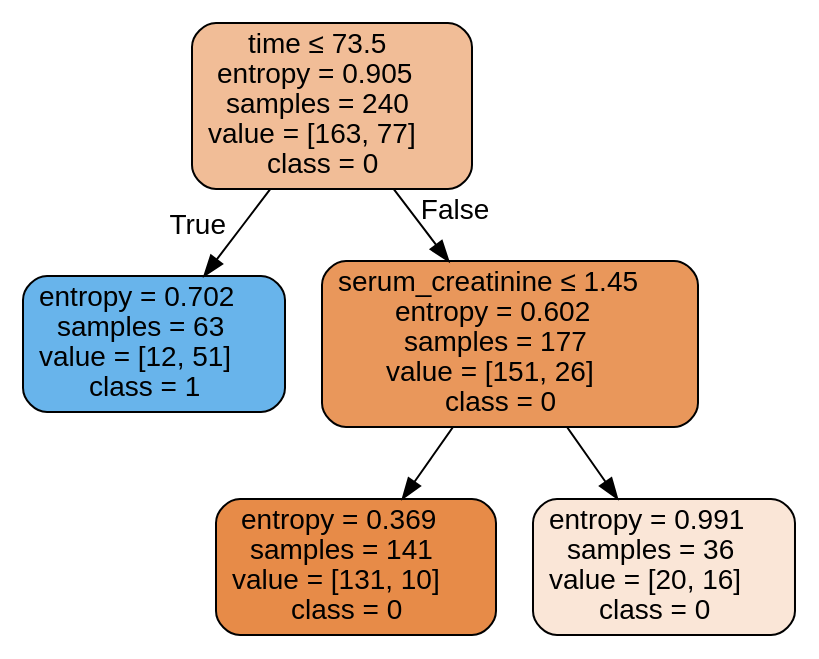
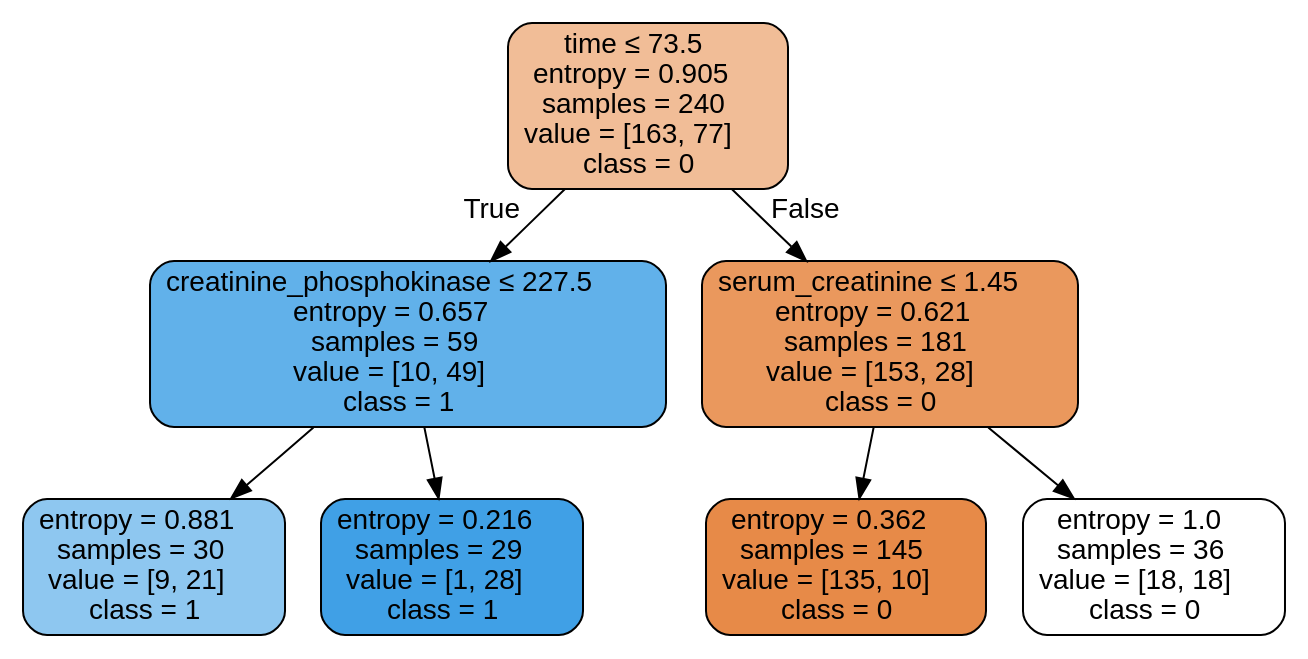
The diagram in Labs/NewClassifiers/Results/DecisionTrees/Original/ - No Outliers & Feature Selection/HFCR - Original - dtree.dot (isabelSoares/CD-2021), drawn with Graphviz before and after one commit. The commit also changed 261 other files, not shown here.

```diff
--- a/Labs/NewClassifiers/Results/DecisionTrees/Original/ - No Outliers & Feature Selection/HFCR - Original - dtree.dot
+++ b/Labs/NewClassifiers/Results/DecisionTrees/Original/ - No Outliers & Feature Selection/HFCR - Original - dtree.dot
@@ -1,13 +1,17 @@
 digraph Tree {
 node [shape=box, style="filled, rounded", color="black", fontname=helvetica] ;
 edge [fontname=helvetica] ;
 0 [label=<time &le; 73.5<br/>entropy = 0.905<br/>samples = 240<br/>value = [163, 77]<br/>class = 0>, fillcolor="#f1bd97"] ;
-1 [label=<entropy = 0.702<br/>samples = 63<br/>value = [12, 51]<br/>class = 1>, fillcolor="#68b4eb"] ;
+1 [label=<creatinine_phosphokinase &le; 227.5<br/>entropy = 0.657<br/>samples = 59<br/>value = [10, 49]<br/>class = 1>, fillcolor="#61b1ea"] ;
 0 -> 1 [labeldistance=2.5, labelangle=45, headlabel="True"] ;
-2 [label=<serum_creatinine &le; 1.45<br/>entropy = 0.602<br/>samples = 177<br/>value = [151, 26]<br/>class = 0>, fillcolor="#e9975b"] ;
-0 -> 2 [labeldistance=2.5, labelangle=-45, headlabel="False"] ;
-3 [label=<entropy = 0.369<br/>samples = 141<br/>value = [131, 10]<br/>class = 0>, fillcolor="#e78b48"] ;
-2 -> 3 ;
-4 [label=<entropy = 0.991<br/>samples = 36<br/>value = [20, 16]<br/>class = 0>, fillcolor="#fae6d7"] ;
-2 -> 4 ;
+2 [label=<entropy = 0.881<br/>samples = 30<br/>value = [9, 21]<br/>class = 1>, fillcolor="#8ec7f0"] ;
+1 -> 2 ;
+3 [label=<entropy = 0.216<br/>samples = 29<br/>value = [1, 28]<br/>class = 1>, fillcolor="#40a0e6"] ;
+1 -> 3 ;
+4 [label=<serum_creatinine &le; 1.45<br/>entropy = 0.621<br/>samples = 181<br/>value = [153, 28]<br/>class = 0>, fillcolor="#ea985d"] ;
+0 -> 4 [labeldistance=2.5, labelangle=-45, headlabel="False"] ;
+5 [label=<entropy = 0.362<br/>samples = 145<br/>value = [135, 10]<br/>class = 0>, fillcolor="#e78a48"] ;
+4 -> 5 ;
+6 [label=<entropy = 1.0<br/>samples = 36<br/>value = [18, 18]<br/>class = 0>, fillcolor="#ffffff"] ;
+4 -> 6 ;
 }
```
